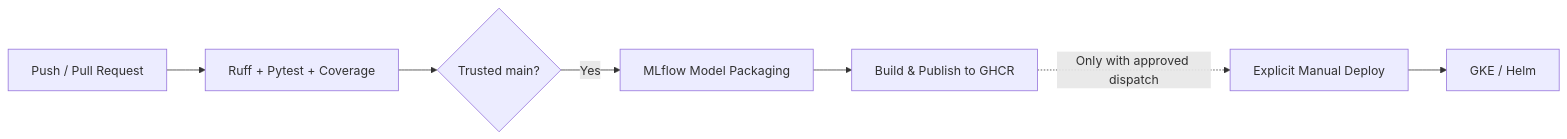
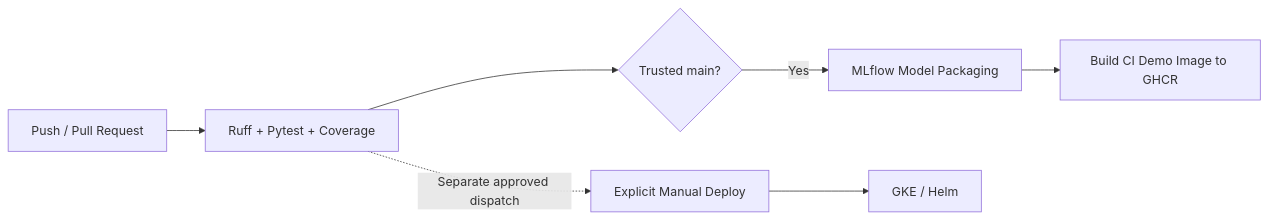
The second of 2 diagrams in README.md (nhatminh06/personal-cognitive-load-monitor), drawn with Mermaid before and after one commit. The commit also changed other lines of this file and 5 other files, not shown here.

````diff
--- a/README.md
+++ b/README.md
@@ -614,17 +615,17 @@
 ```mermaid
 flowchart LR
     Commit["Push / Pull Request"]
     Tests["Ruff + Pytest + Coverage"]
     Gate{"Trusted main?"}
     Package["MLflow Model Packaging"]
-    Image["Build & Publish to GHCR"]
+    Image["Build CI Demo Image to GHCR"]
     Manual["Explicit Manual Deploy"]
     Cloud["GKE / Helm"]
 
     Commit --> Tests
     Tests --> Gate
     Gate -->|"Yes"| Package
     Package --> Image
-    Image -. "Only with approved dispatch" .-> Manual
+    Tests -. "Separate approved dispatch" .-> Manual
     Manual --> Cloud
 ```
````
